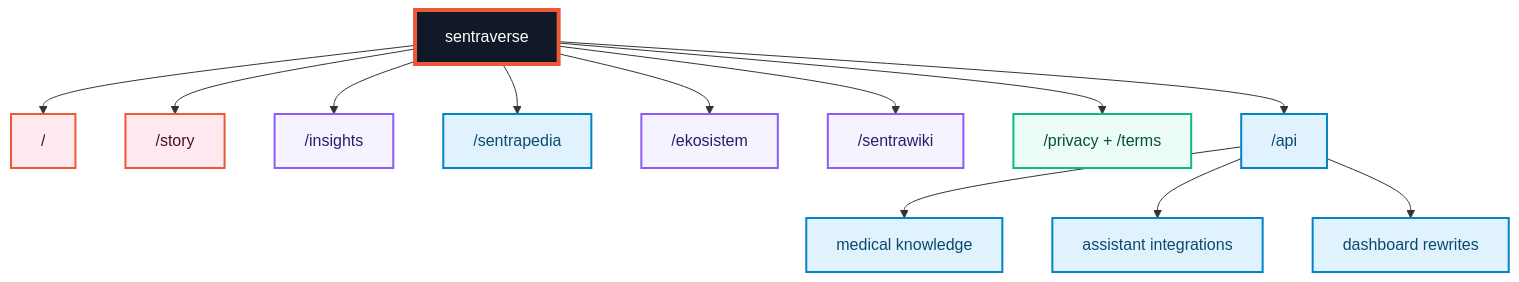
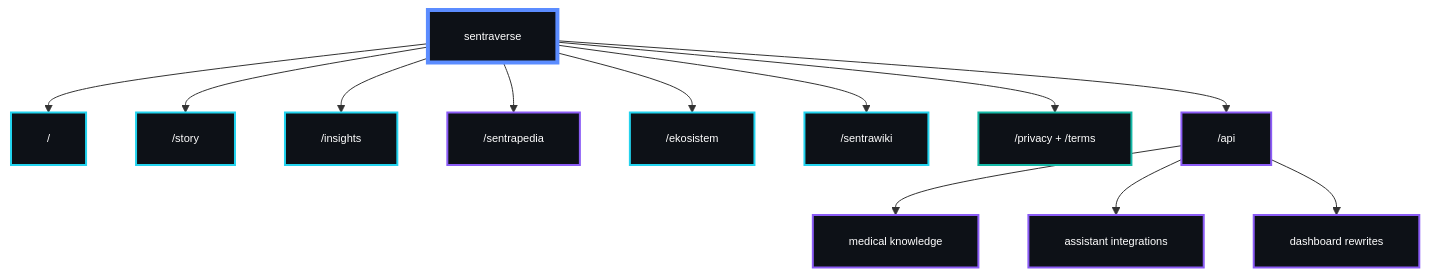
The seventh of 9 diagrams in README.md (drferdi/Sentraverse), drawn with Mermaid before and after one commit. The commit also changed other lines of this file, not shown here.

````diff
--- a/README.md
+++ b/README.md
@@ -447,27 +488,28 @@
 ```mermaid
+%%{init: {"flowchart": {"padding": 18}, "themeVariables": {"fontFamily": "monospace", "fontSize": "11px"}}}%%
 flowchart TB
     Root["sentraverse"] --> Home["/"]
     Root --> Story["/story"]
     Root --> Insights["/insights"]
     Root --> Pedia["/sentrapedia"]
     Root --> Ecosystem["/ekosistem"]
     Root --> Wiki["/sentrawiki"]
     Root --> Legal["/privacy + /terms"]
     Root --> API["/api"]
 
     API --> Knowledge["medical knowledge"]
     API --> Assistant["assistant integrations"]
     API --> Dashboard["dashboard rewrites"]
 
-    classDef root fill:#111827,stroke:#EB5939,color:#FFFFFF,stroke-width:4px;
-    classDef public fill:#FFE8EE,stroke:#EB5939,color:#4A1020,stroke-width:2px;
-    classDef content fill:#F5F3FF,stroke:#8B5CF6,color:#2D1B69,stroke-width:2px;
-    classDef clinical fill:#E0F2FE,stroke:#0284C7,color:#0C4A6E,stroke-width:2px;
-    classDef legal fill:#ECFDF5,stroke:#10B981,color:#064E3B,stroke-width:2px;
+    classDef root fill:#0D1117,stroke:#5B8CFF,color:#FFFFFF,stroke-width:4px;
+    classDef public fill:#0D1117,stroke:#22D3EE,color:#FFFFFF,stroke-width:2px;
+    classDef content fill:#0D1117,stroke:#22D3EE,color:#FFFFFF,stroke-width:2px;
+    classDef clinical fill:#0D1117,stroke:#8B5CF6,color:#FFFFFF,stroke-width:2px;
+    classDef legal fill:#0D1117,stroke:#14B8A6,color:#FFFFFF,stroke-width:2px;
 
     class Root root;
     class Home,Story public;
     class Insights,Ecosystem,Wiki content;
     class Pedia,API,Knowledge,Assistant,Dashboard clinical;
     class Legal legal;
 ```
````
